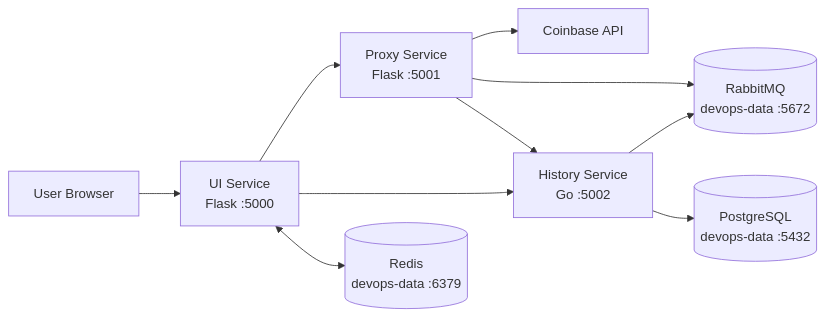
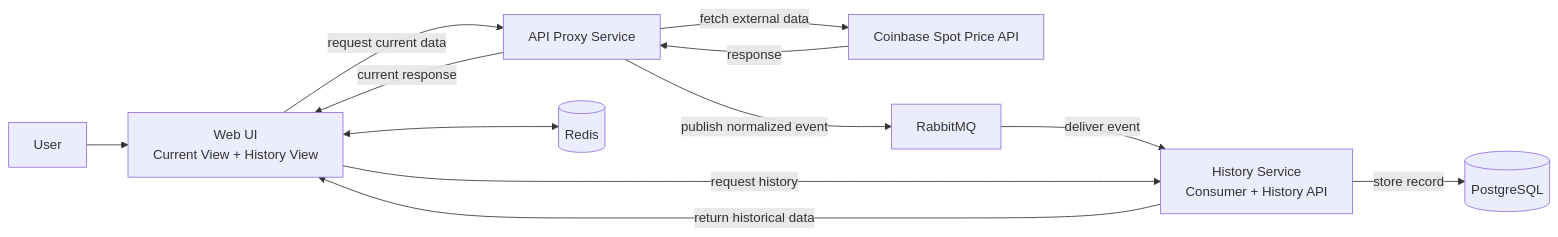
One commit to ua-academy-projects/coin-ops changed the diagram in README.md. Above: the diagram before and after it, drawn with Mermaid.

Commit message:
fixing diagram

````diff
--- a/README.md
+++ b/README.md
@@ -15,21 +15,23 @@
 ```mermaid
 flowchart LR
-    User[User Browser]
-    UI[UI Service<br/>Flask :5000]
-    Proxy[Proxy Service<br/>Flask :5001]
-    History[History Service<br/>Go :5002]
-    Redis[(Redis<br/>devops-data :6379)]
-    Rabbit[(RabbitMQ<br/>devops-data :5672)]
-    Postgres[(PostgreSQL<br/>devops-data :5432)]
-    Coinbase[Coinbase API]
+    User[User]
+    UI[Web UI<br/>Current View + History View]
+    Proxy[API Proxy Service]
+    Coinbase[Coinbase Spot Price API]
+    Rabbit[RabbitMQ]
+    History[History Service<br/>Consumer + History API]
+    Postgres[(PostgreSQL)]
+    Redis[(Redis)]
 
     User --> UI
-    UI --> Proxy
-    UI --> History
+    UI -- request current data --> Proxy
+    Proxy -- fetch external data --> Coinbase
+    Coinbase -- response --> Proxy
+    Proxy -- current response --> UI
+    Proxy -- publish normalized event --> Rabbit
+    Rabbit -- deliver event --> History
+    History -- store record --> Postgres
+    UI -- request history --> History
+    History -- return historical data --> UI
     UI <--> Redis
-    Proxy --> Coinbase
-    Proxy --> Rabbit
-    Proxy --> History
-    History --> Rabbit
-    History --> Postgres
 ```
````
